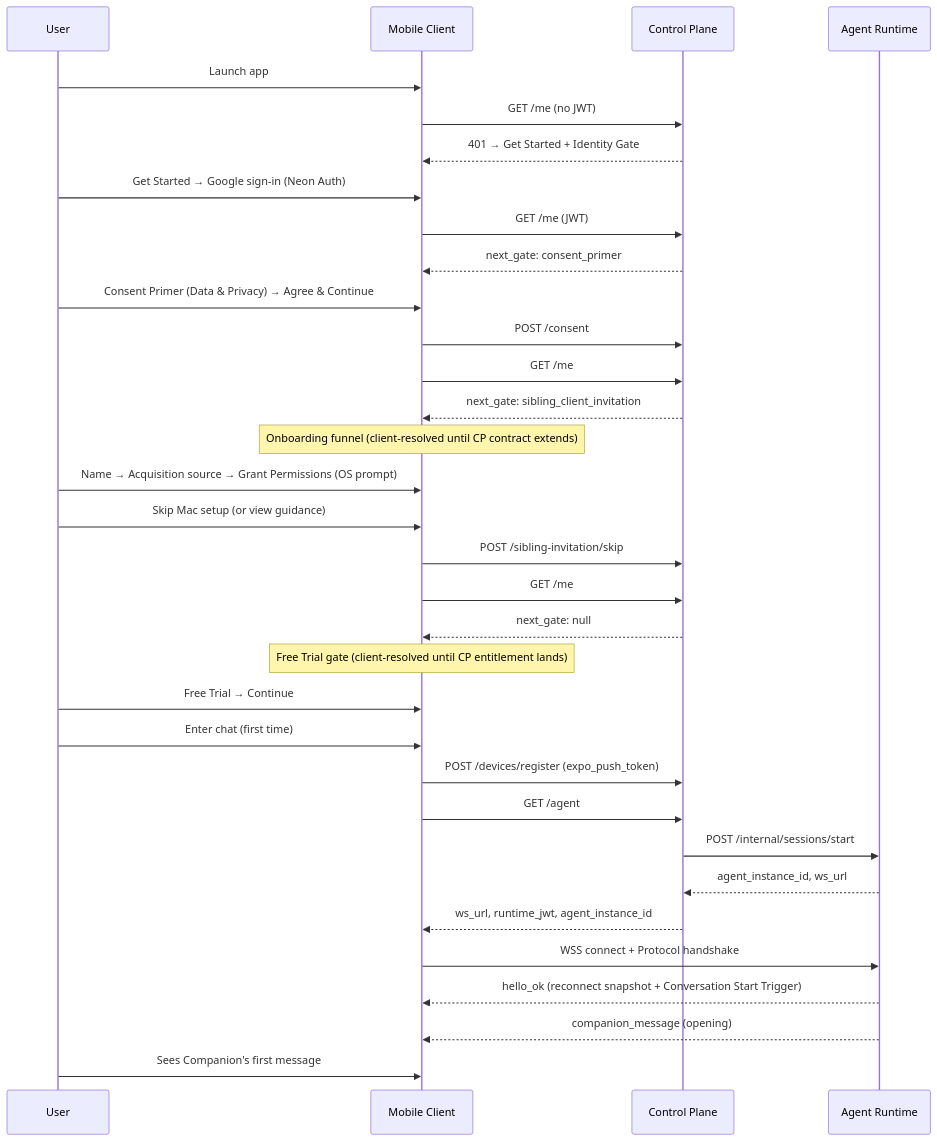
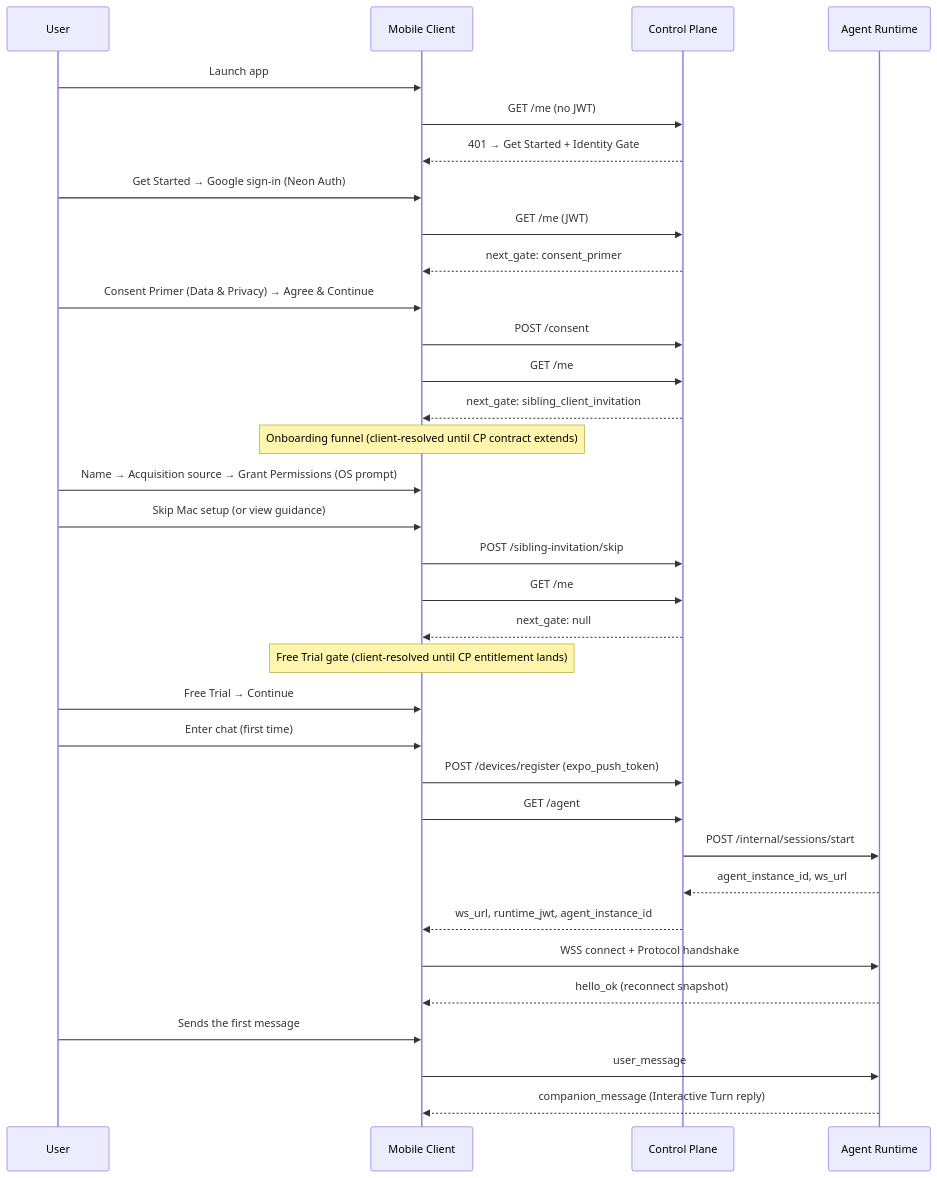
Before and after one commit to sruj75/Intentive: the first of 3 diagrams in docs/USER-JOURNEY.md, drawn with Mermaid. The commit also changed other lines of this file and 247 other files, not shown here.

````diff
--- a/docs/USER-JOURNEY.md
+++ b/docs/USER-JOURNEY.md
@@ -63,36 +64,37 @@
 ```mermaid
 sequenceDiagram
   participant U as User
   participant M as Mobile Client
   participant CP as Control Plane
   participant RT as Agent Runtime
 
   U->>M: Launch app
   M->>CP: GET /me (no JWT)
   CP-->>M: 401 → Get Started + Identity Gate
   U->>M: Get Started → Google sign-in (Neon Auth)
   M->>CP: GET /me (JWT)
   CP-->>M: next_gate: consent_primer
   U->>M: Consent Primer (Data & Privacy) → Agree & Continue
   M->>CP: POST /consent
   M->>CP: GET /me
   CP-->>M: next_gate: sibling_client_invitation
   Note over M: Onboarding funnel (client-resolved until CP contract extends)
   U->>M: Name → Acquisition source → Grant Permissions (OS prompt)
   U->>M: Skip Mac setup (or view guidance)
   M->>CP: POST /sibling-invitation/skip
   M->>CP: GET /me
   CP-->>M: next_gate: null
   Note over M: Free Trial gate (client-resolved until CP entitlement lands)
   U->>M: Free Trial → Continue
   U->>M: Enter chat (first time)
   M->>CP: POST /devices/register (expo_push_token)
   M->>CP: GET /agent
   CP->>RT: POST /internal/sessions/start
   RT-->>CP: agent_instance_id, ws_url
   CP-->>M: ws_url, runtime_jwt, agent_instance_id
   M->>RT: WSS connect + Protocol handshake
-  RT-->>M: hello_ok (reconnect snapshot + Conversation Start Trigger)
-  RT-->>M: companion_message (opening)
-  U->>M: Sees Companion's first message
+  RT-->>M: hello_ok (reconnect snapshot)
+  U->>M: Sends the first message
+  M->>RT: user_message
+  RT-->>M: companion_message (Interactive Turn reply)
 ```
````
